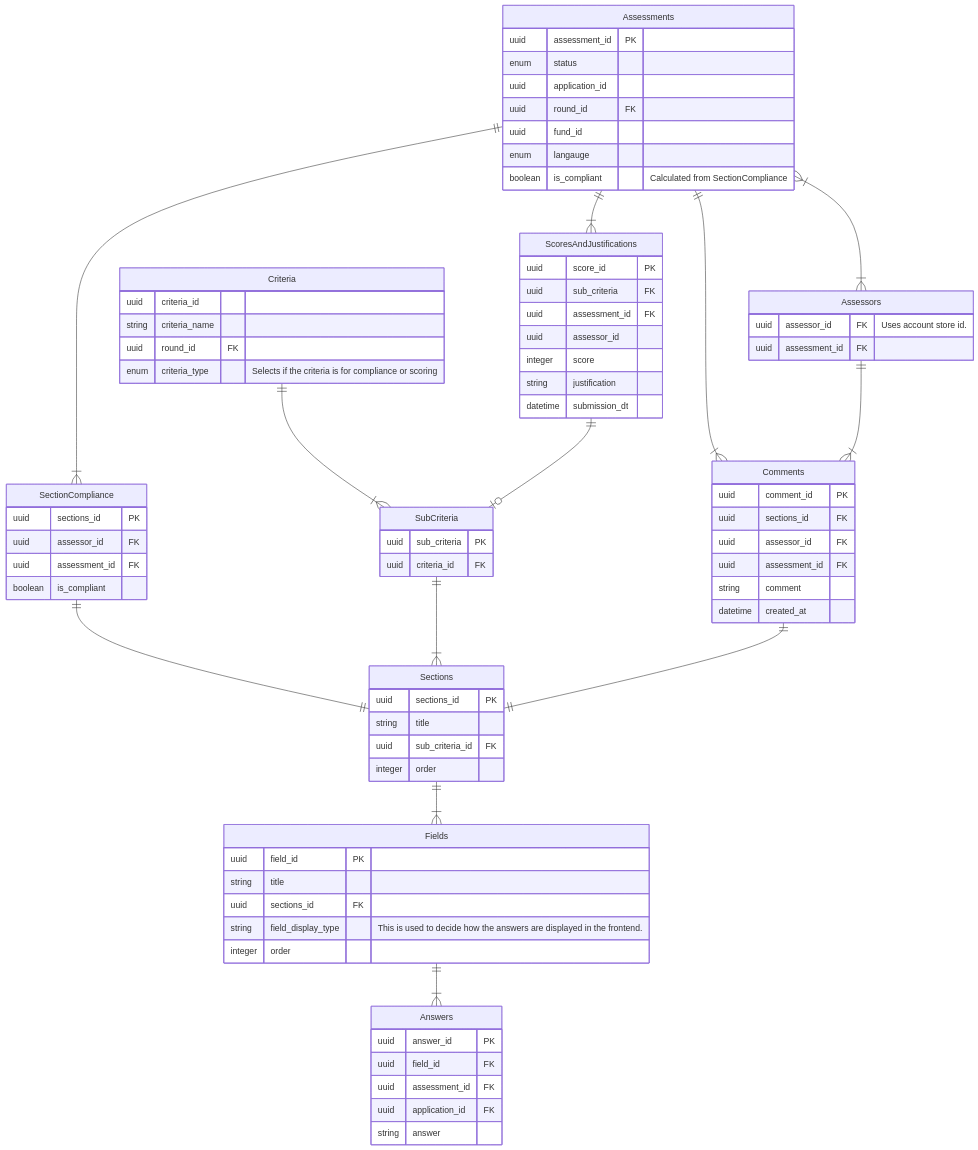
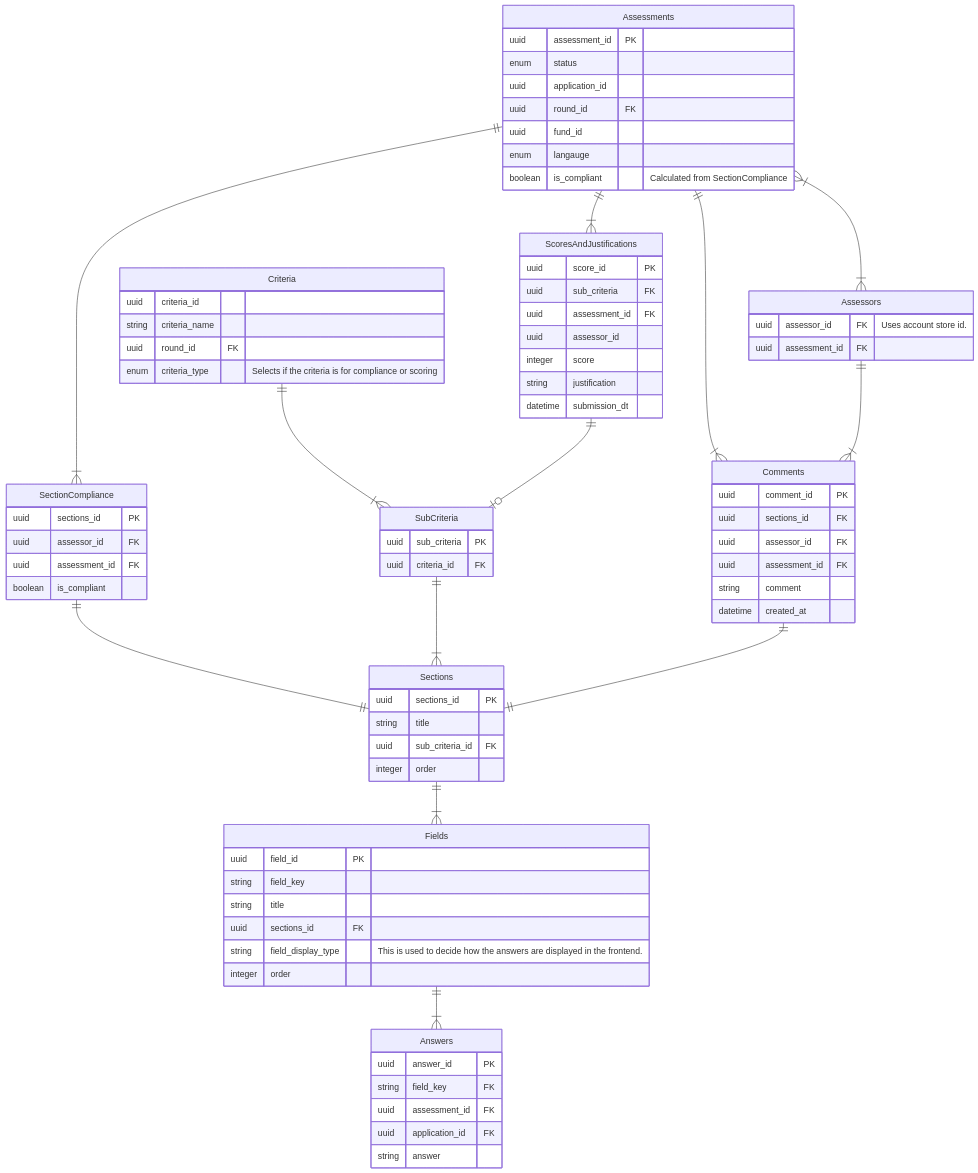
Before and after one commit to communitiesuk/funding-service-design-assessment-store: the diagram in diagrams/db_diagram.md, drawn with Mermaid.

```diff
--- a/diagrams/db_diagram.md
+++ b/diagrams/db_diagram.md
@@ -31,6 +31,7 @@
 	}
 	Fields {
 		uuid field_id PK
+		string field_key
 		string title
 		uuid sections_id FK
 		string field_display_type "This is used to decide how the answers are displayed in the frontend."
@@ -38,7 +39,7 @@
 	}
 	Answers {
 		uuid answer_id PK
-		uuid field_id FK
+		string field_key FK
 		uuid assessment_id FK
 		uuid application_id FK
 		string answer
```
